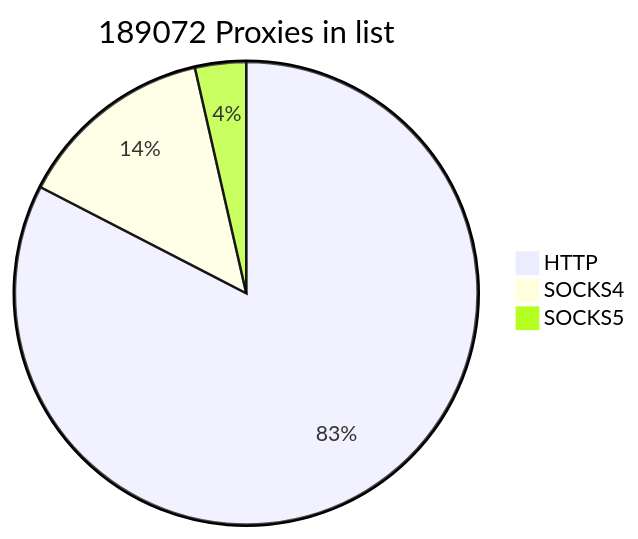
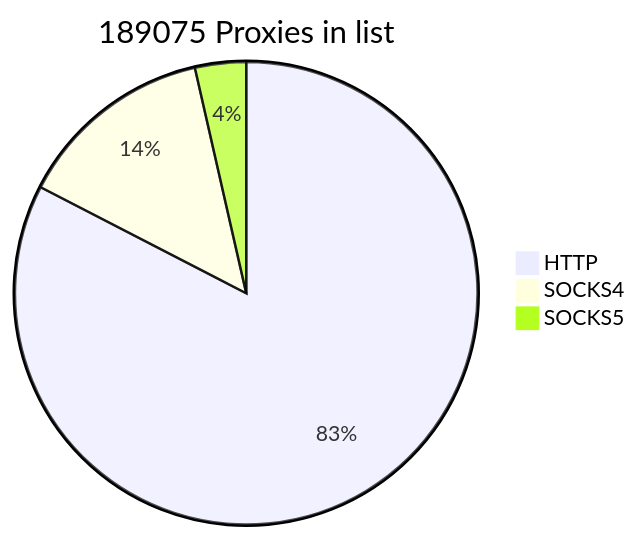
Before and after one commit to cutipu/proxylist: the first of 2 diagrams in README.md, drawn with Mermaid. The commit also changed other lines of this file, not shown here.

````diff
--- a/README.md
+++ b/README.md
@@ -9,7 +9,7 @@
 ```mermaid
-pie title 189072 Proxies in list
-    "HTTP" : 156133
+pie title 189075 Proxies in list
+    "HTTP" : 156135
     "SOCKS4" : 26196
-    "SOCKS5" : 6743
+    "SOCKS5" : 6744
             
 ```
````
